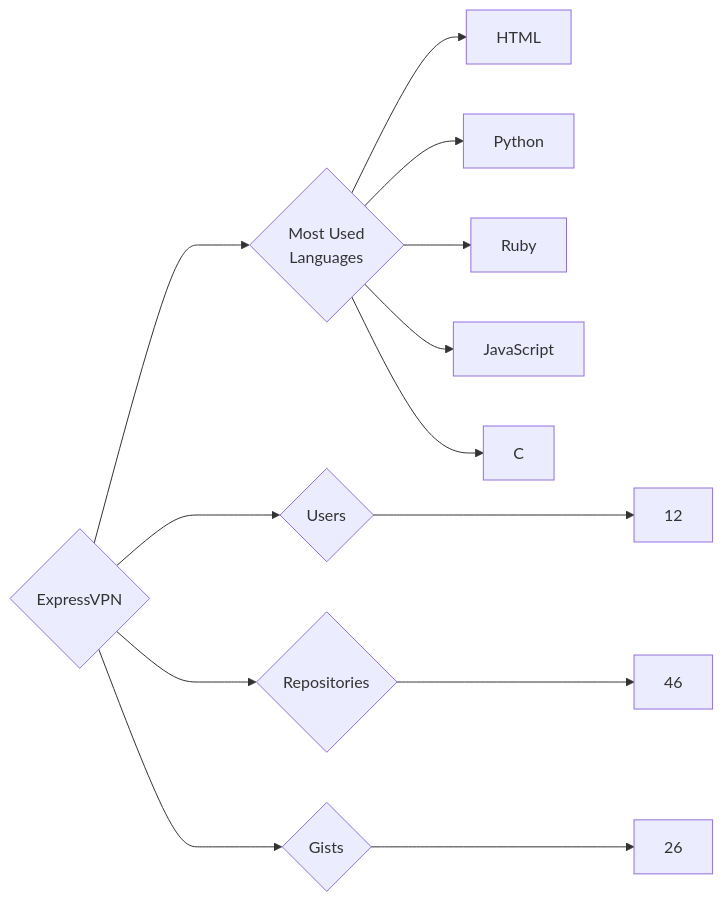
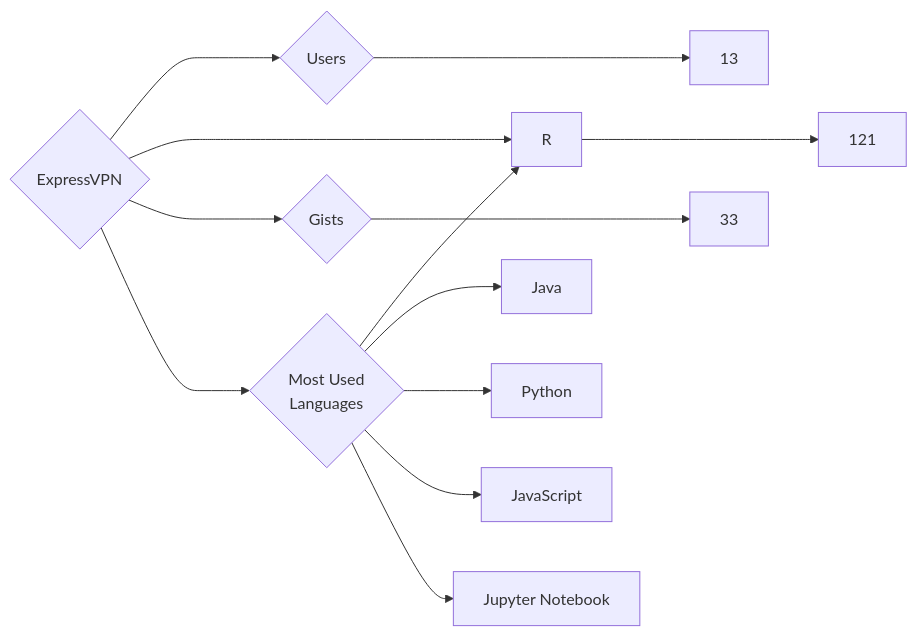
One commit to trickest/insiders changed the diagram in targets/ExpressVPN/README.md. Above: the diagram before and after it, drawn with Mermaid. The commit also changed 809 other files, not shown here.

````diff
--- a/targets/ExpressVPN/README.md
+++ b/targets/ExpressVPN/README.md
@@ -3,13 +3,13 @@
 ```mermaid
 graph LR
 COMPANY_NAME{ExpressVPN}
-COMPANY_NAME ---> U{Users} ---> UN[12]
-COMPANY_NAME ---> R{Repositories} ---> RN[46]
-COMPANY_NAME ---> G{Gists} ---> GN[26]
+COMPANY_NAME ---> U{Users} ---> UN[13]
+COMPANY_NAME ---> R{Repositories} ---> RN[121]
+COMPANY_NAME ---> G{Gists} ---> GN[33]
 COMPANY_NAME ---> ML{Most Used<br>Languages}
-ML --> HTML[HTML]
+ML --> R[R]
+ML --> Java[Java]
 ML --> Python[Python]
-ML --> Ruby[Ruby]
 ML --> JavaScript[JavaScript]
-ML --> C[C]
+ML --> Jupyter_Notebook[Jupyter Notebook]
 ```
````
